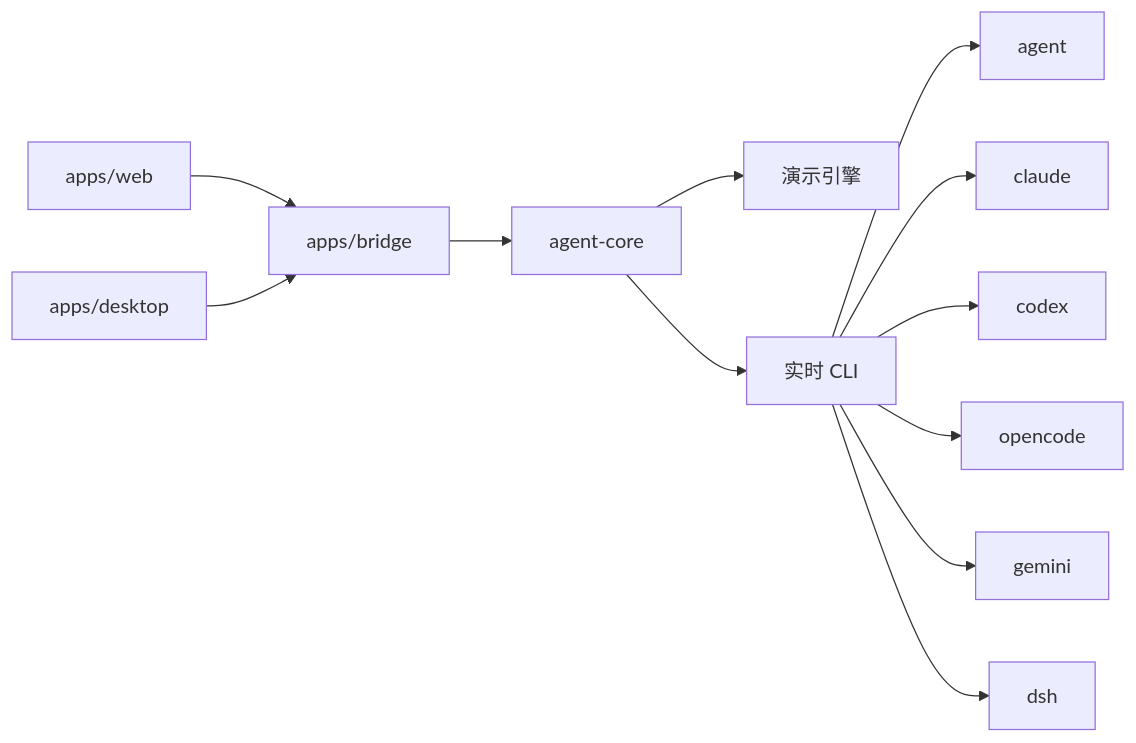
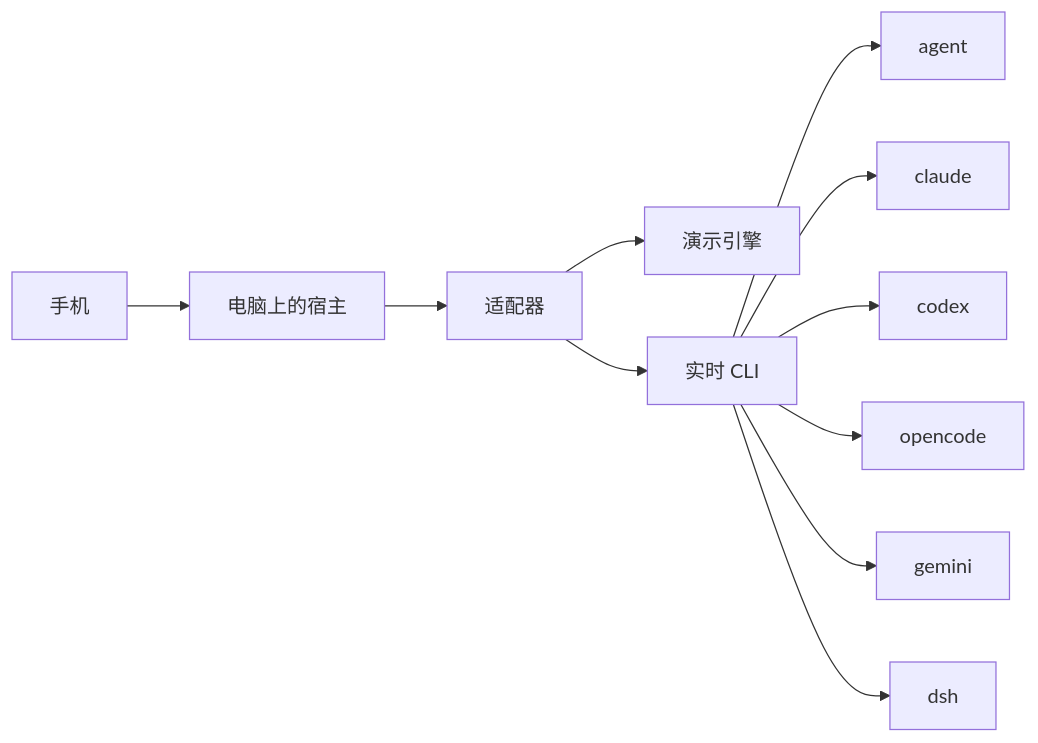
Before and after one commit to GQQI/PocketPilot: the diagram in README.md, drawn with Mermaid. The commit also changed other lines of this file and 37 other files, not shown here.

First line of the commit message:
Make the phone a remote control for a PC agent host.

````diff
--- a/README.md
+++ b/README.md
@@ -34,14 +39,13 @@
 ```mermaid
 flowchart LR
-  UI[apps/web] --> Bridge[apps/bridge]
-  Desktop[apps/desktop] --> Bridge
-  Bridge --> Core[agent-core]
+  Phone[手机] --> Host[电脑上的宿主]
+  Host --> Core[适配器]
   Core --> Demo[演示引擎]
   Core --> Live[实时 CLI]
   Live --> Cursor[agent]
   Live --> Claude[claude]
   Live --> Codex[codex]
   Live --> OpenCode[opencode]
   Live --> Gemini[gemini]
   Live --> Dsh[dsh]
 ```
````
